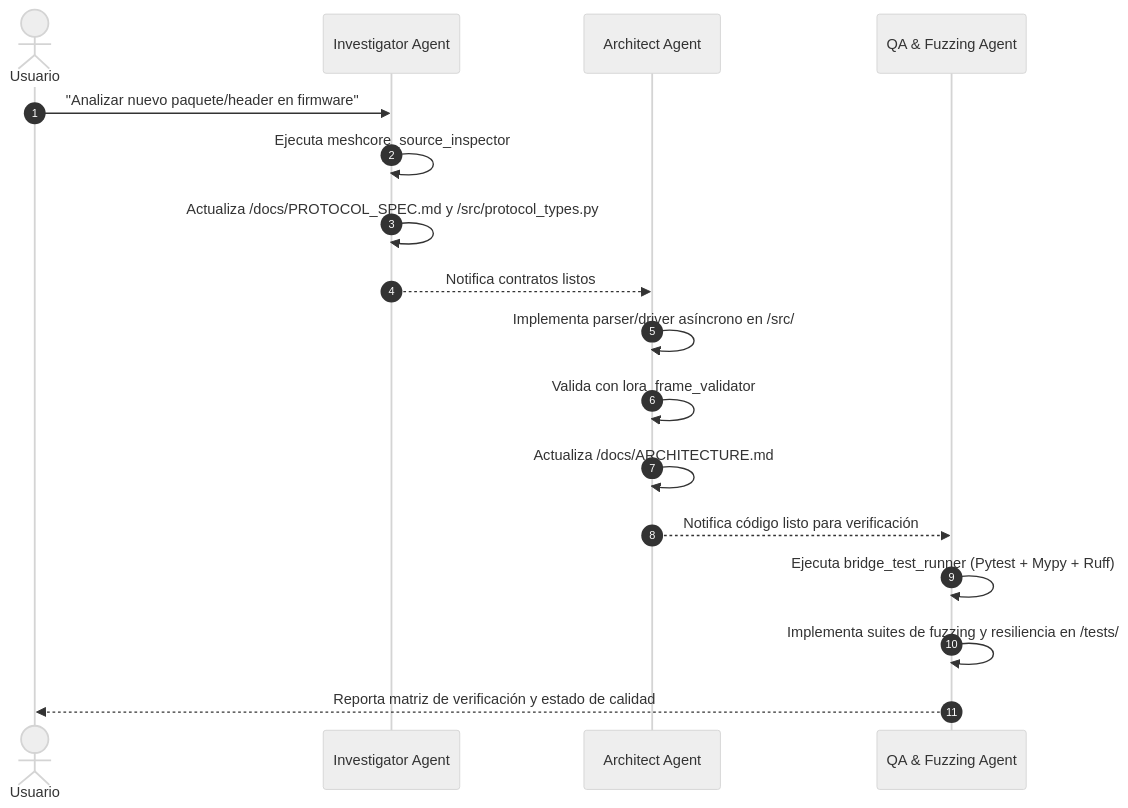
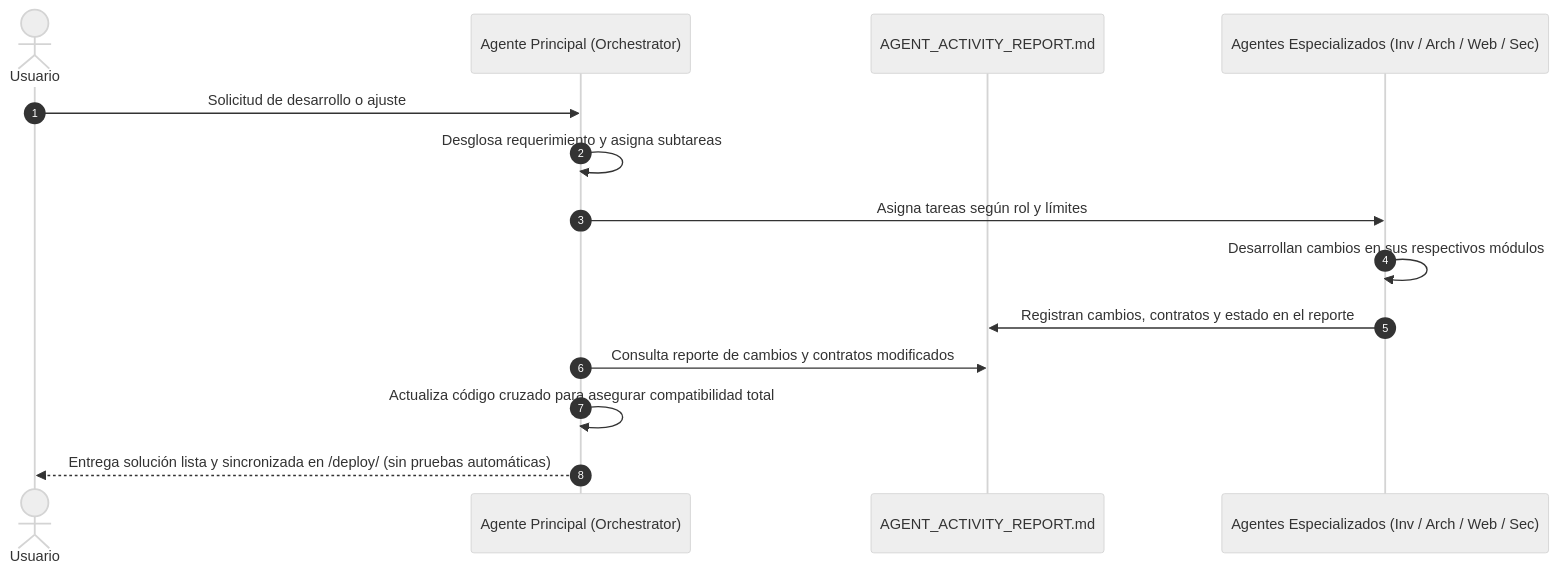
One commit to cyber89/meshcore-bridge-client changed the diagram in AGENTS.md. Above: the diagram before and after it, drawn with Mermaid (neutral theme). The commit also changed other lines of this file and 79 other files, not shown here.

````diff
--- a/AGENTS.md
+++ b/AGENTS.md
@@ -106,22 +108,19 @@
 ```mermaid
 sequenceDiagram
     autonumber
     actor Usuario
-    participant Inv as Investigator Agent
-    participant Arch as Architect Agent
-    participant QA as QA & Fuzzing Agent
+    participant Principal as Agente Principal (Orchestrator)
+    participant Ledger as AGENT_ACTIVITY_REPORT.md
+    participant Subagentes as Agentes Especializados (Inv / Arch / Web / Sec)
 
-    Usuario->>Inv: "Analizar nuevo paquete/header en firmware"
-    Inv->>Inv: Ejecuta meshcore_source_inspector
-    Inv->>Inv: Actualiza /docs/PROTOCOL_SPEC.md y /src/protocol_types.py
-    Inv-->>Arch: Notifica contratos listos
+    Usuario->>Principal: Solicitud de desarrollo o ajuste
+    Principal->>Principal: Desglosa requerimiento y asigna subtareas
+    Principal->>Subagentes: Asigna tareas según rol y límites
     
-    Arch->>Arch: Implementa parser/driver asíncrono en /src/
-    Arch->>Arch: Valida con lora_frame_validator
-    Arch->>Arch: Actualiza /docs/ARCHITECTURE.md
-    Arch-->>QA: Notifica código listo para verificación
+    Subagentes->>Subagentes: Desarrollan cambios en sus respectivos módulos
+    Subagentes->>Ledger: Registran cambios, contratos y estado en el reporte
     
-    QA->>QA: Ejecuta bridge_test_runner (Pytest + Mypy + Ruff)
-    QA->>QA: Implementa suites de fuzzing y resiliencia en /tests/
-    QA-->>Usuario: Reporta matriz de verificación y estado de calidad
+    Principal->>Ledger: Consulta reporte de cambios y contratos modificados
+    Principal->>Principal: Actualiza código cruzado para asegurar compatibilidad total
+    Principal-->>Usuario: Entrega solución lista y sincronizada en /deploy/ (sin pruebas automáticas)
 ```
````
